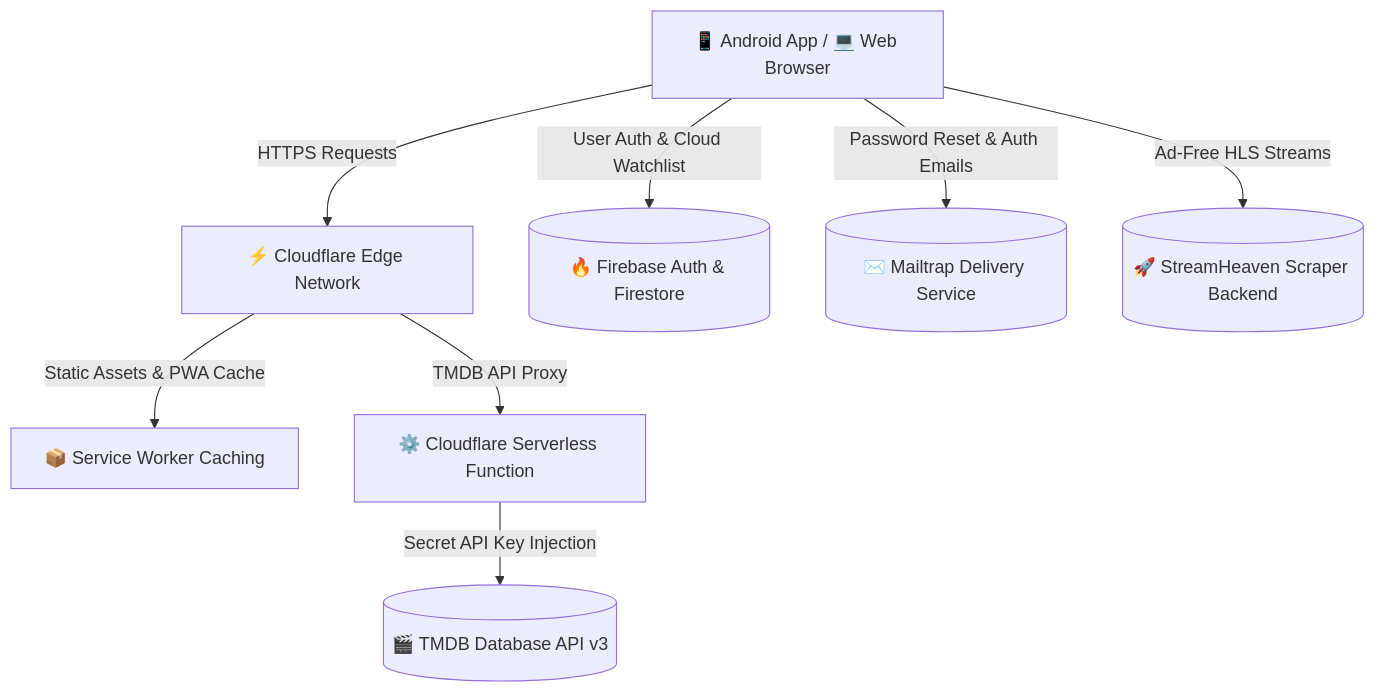
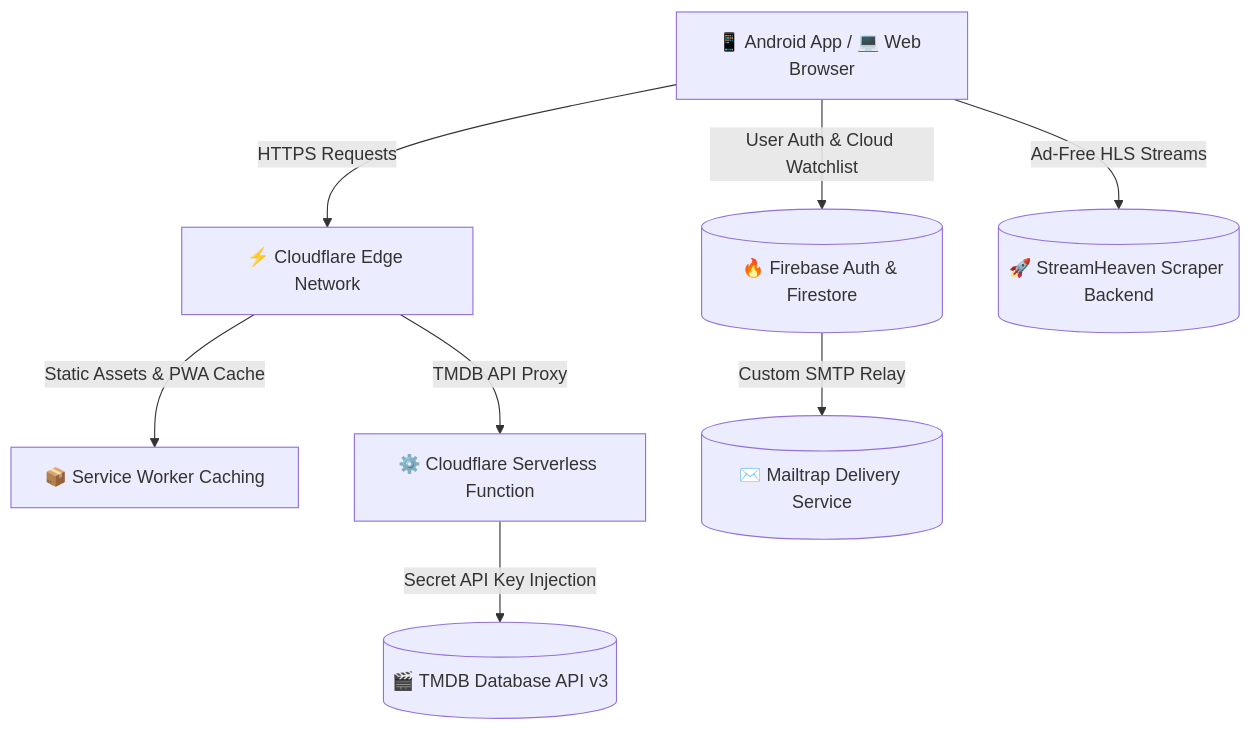
Before and after one commit to SamJU25/CineCub: the diagram in README.md, drawn with Mermaid. The commit also changed other lines of this file, not shown here.

Commit message:
docs: clarify Firebase to Mailtrap custom SMTP relay in architecture and features

````diff
--- a/README.md
+++ b/README.md
@@ -46,10 +46,10 @@
 ```mermaid
 graph TD
     Client["📱 Android App / 💻 Web Browser"] -->|"HTTPS Requests"| CF["⚡ Cloudflare Edge Network"]
     CF -->|"Static Assets & PWA Cache"| SW["📦 Service Worker Caching"]
     CF -->|"TMDB API Proxy"| CFWorkers["⚙️ Cloudflare Serverless Function"]
     CFWorkers -->|"Secret API Key Injection"| TMDB[("🎬 TMDB Database API v3")]
     Client -->|"User Auth & Cloud Watchlist"| FB[("🔥 Firebase Auth & Firestore")]
-    Client -->|"Password Reset & Auth Emails"| MT[("✉️ Mailtrap Delivery Service")]
+    FB -->|"Custom SMTP Relay"| MT[("✉️ Mailtrap Delivery Service")]
     Client -->|"Ad-Free HLS Streams"| APIBack[("🚀 StreamHeaven Scraper Backend")]
 ```
````
